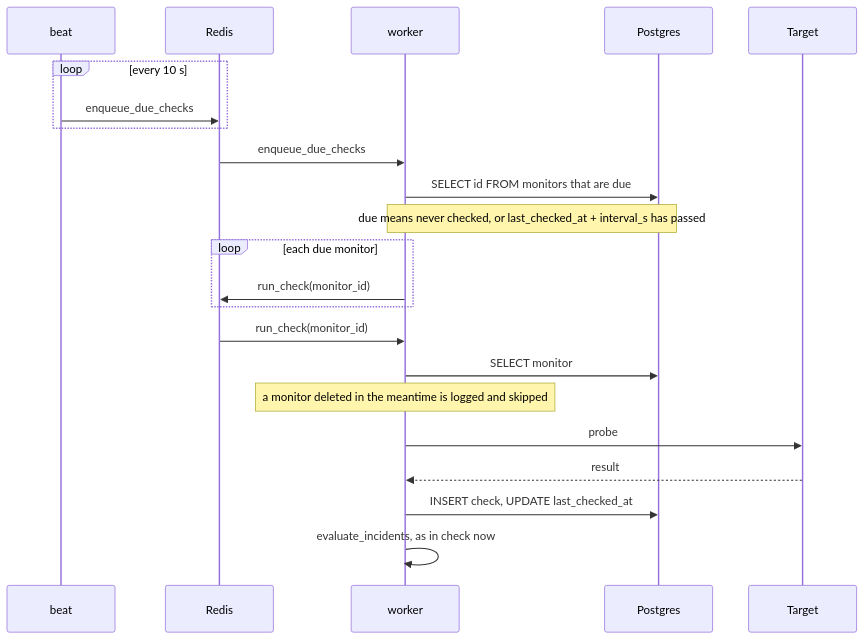
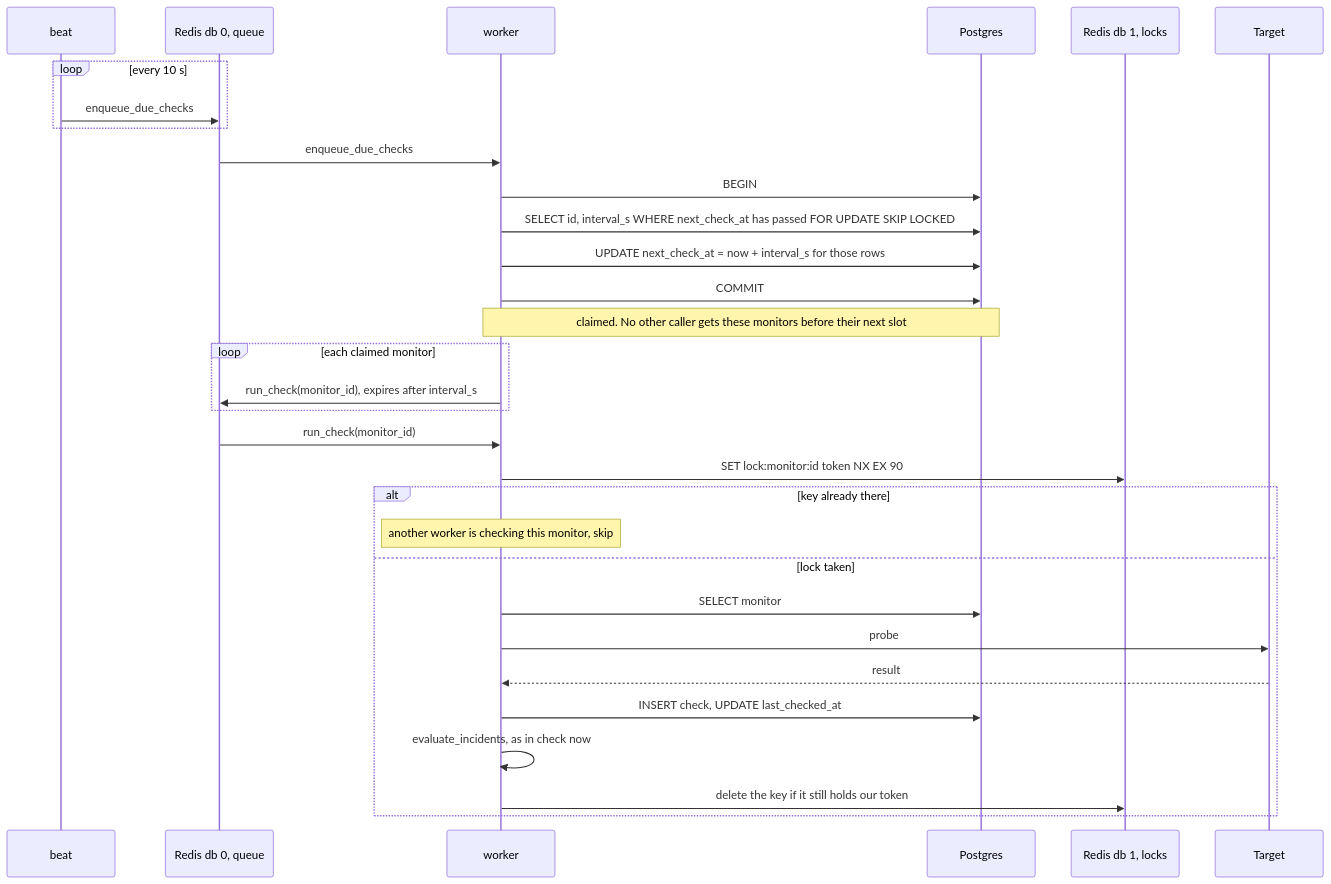
One commit to wbaghdadi20/pulse changed the seventh of 11 diagrams in ARCHITECTURE.md. Above: the diagram before and after it, drawn with Mermaid. The commit also changed other lines of this file and 1 other file, not shown here.

First line of the commit message:
docs: write up D7 in the README and bring the architecture up to date

````diff
--- a/ARCHITECTURE.md
+++ b/ARCHITECTURE.md
@@ -299,25 +318,34 @@
 ```mermaid
 sequenceDiagram
     participant B as beat
-    participant R as Redis
+    participant R0 as Redis db 0, queue
     participant W as worker
     participant DB as Postgres
+    participant R1 as Redis db 1, locks
     participant T as Target
 
     loop every 10 s
-        B->>R: enqueue_due_checks
+        B->>R0: enqueue_due_checks
     end
-    R->>W: enqueue_due_checks
-    W->>DB: SELECT id FROM monitors that are due
-    Note over W,DB: due means never checked, or last_checked_at + interval_s has passed
-    loop each due monitor
-        W->>R: run_check(monitor_id)
+    R0->>W: enqueue_due_checks
+    W->>DB: BEGIN
+    W->>DB: SELECT id, interval_s WHERE next_check_at has passed FOR UPDATE SKIP LOCKED
+    W->>DB: UPDATE next_check_at = now + interval_s for those rows
+    W->>DB: COMMIT
+    Note over W,DB: claimed. No other caller gets these monitors before their next slot
+    loop each claimed monitor
+        W->>R0: run_check(monitor_id), expires after interval_s
     end
-    R->>W: run_check(monitor_id)
-    W->>DB: SELECT monitor
-    Note over W: a monitor deleted in the meantime is logged and skipped
-    W->>T: probe
-    T-->>W: result
-    W->>DB: INSERT check, UPDATE last_checked_at
-    W->>W: evaluate_incidents, as in check now
+    R0->>W: run_check(monitor_id)
+    W->>R1: SET lock:monitor:id token NX EX 90
+    alt key already there
+        Note over W: another worker is checking this monitor, skip
+    else lock taken
+        W->>DB: SELECT monitor
+        W->>T: probe
+        T-->>W: result
+        W->>DB: INSERT check, UPDATE last_checked_at
+        W->>W: evaluate_incidents, as in check now
+        W->>R1: delete the key if it still holds our token
+    end
 ```
````
